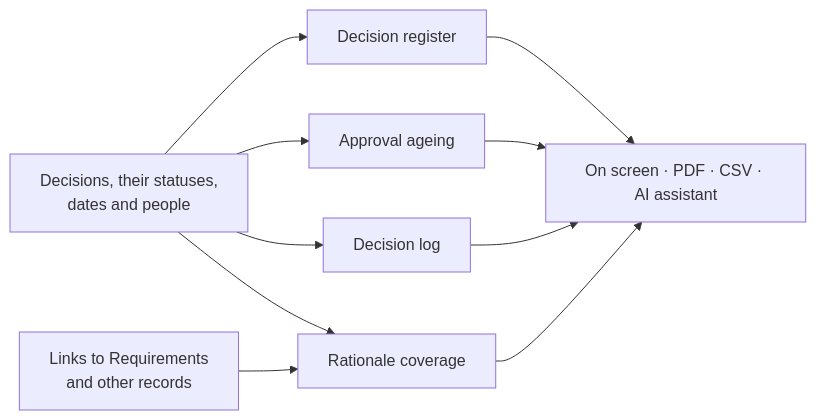
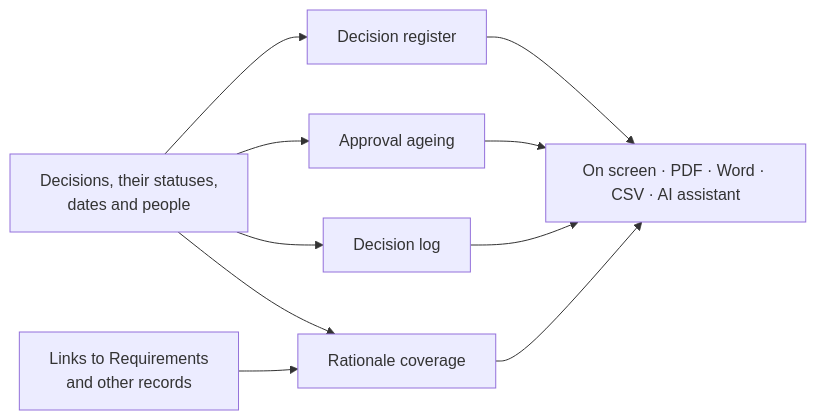
The diagram in docs/website/docs/modules/decision-management-module/reports.md (ballardr/reqtrackmanager), drawn with Mermaid before and after one commit. The commit also changed other lines of this file and 35 other files, not shown here.

````diff
--- a/docs/website/docs/modules/decision-management-module/reports.md
+++ b/docs/website/docs/modules/decision-management-module/reports.md
@@ -9,9 +9,9 @@
 ```mermaid
 flowchart LR
     A["Decisions, their statuses,<br/>dates and people"] --> D1["Decision register"]
     A --> D2["Approval ageing"]
     A --> D3["Decision log"]
     A --> D4["Rationale coverage"]
     L["Links to Requirements<br/>and other records"] --> D4
-    D1 & D2 & D3 & D4 --> E["On screen · PDF · CSV · AI assistant"]
+    D1 & D2 & D3 & D4 --> E["On screen · PDF · Word · CSV · AI assistant"]
 ```
````
